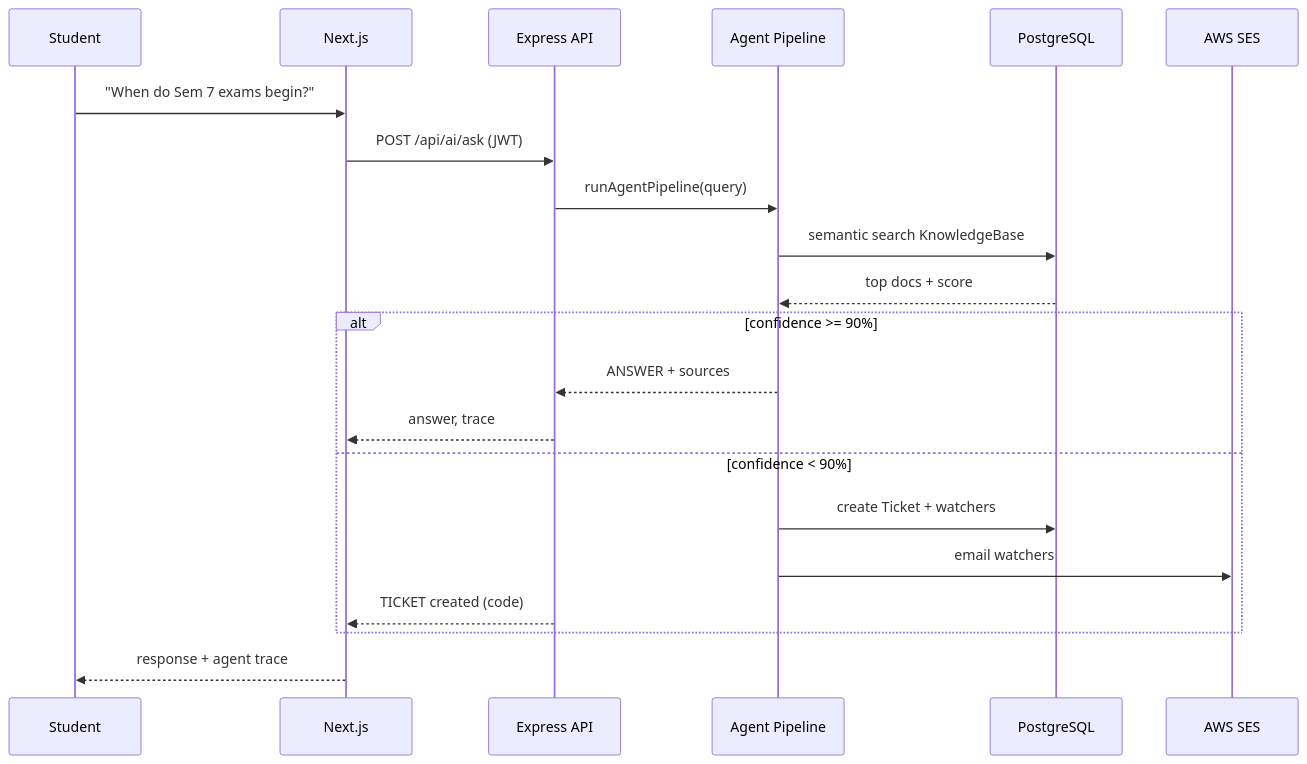
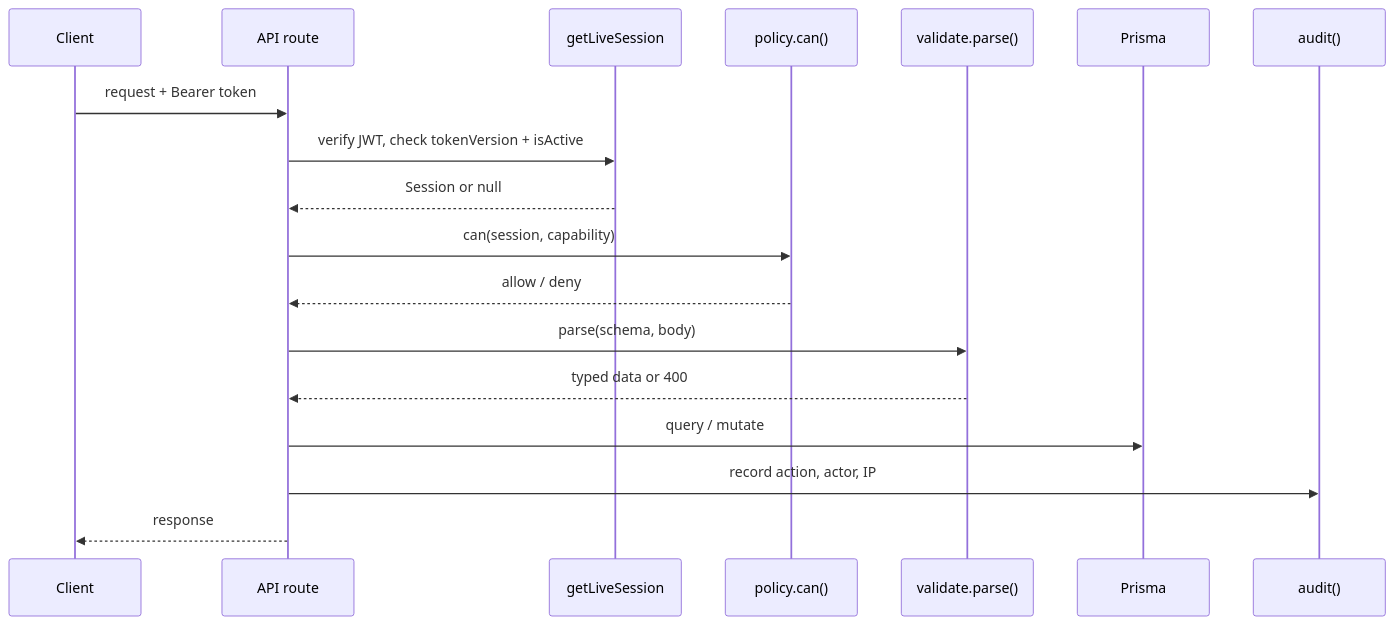
Before and after one commit to Jaykrishna25/SOU-AI-HelpDesk-Pro: the third of 6 diagrams in docs/ARCHITECTURE.md, drawn with Mermaid. The commit also changed other lines of this file, not shown here.

Commit message:
docs: architecture with diagrams

````diff
--- a/docs/ARCHITECTURE.md
+++ b/docs/ARCHITECTURE.md
@@ -77,23 +62,21 @@
 ```mermaid
 sequenceDiagram
-  participant U as Student
-  participant FE as Next.js
-  participant API as Express API
-  participant AG as Agent Pipeline
-  participant DB as PostgreSQL
-  participant SES as AWS SES
-  U->>FE: "When do Sem 7 exams begin?"
-  FE->>API: POST /api/ai/ask (JWT)
-  API->>AG: runAgentPipeline(query)
-  AG->>DB: semantic search KnowledgeBase
-  DB-->>AG: top docs + score
-  alt confidence >= 90%
-    AG-->>API: ANSWER + sources
-    API-->>FE: answer, trace
-  else confidence < 90%
-    AG->>DB: create Ticket + watchers
-    AG->>SES: email watchers
-    API-->>FE: TICKET created (code)
-  end
-  FE-->>U: response + agent trace
+    participant C as Client
+    participant R as API route
+    participant A as getLiveSession
+    participant P as policy.can()
+    participant V as validate.parse()
+    participant D as Prisma
+    participant L as audit()
+
+    C->>R: request + Bearer token
+    R->>A: verify JWT, check tokenVersion + isActive
+    A-->>R: Session or null
+    R->>P: can(session, capability)
+    P-->>R: allow / deny
+    R->>V: parse(schema, body)
+    V-->>R: typed data or 400
+    R->>D: query / mutate
+    R->>L: record action, actor, IP
+    R-->>C: response
 ```
````
